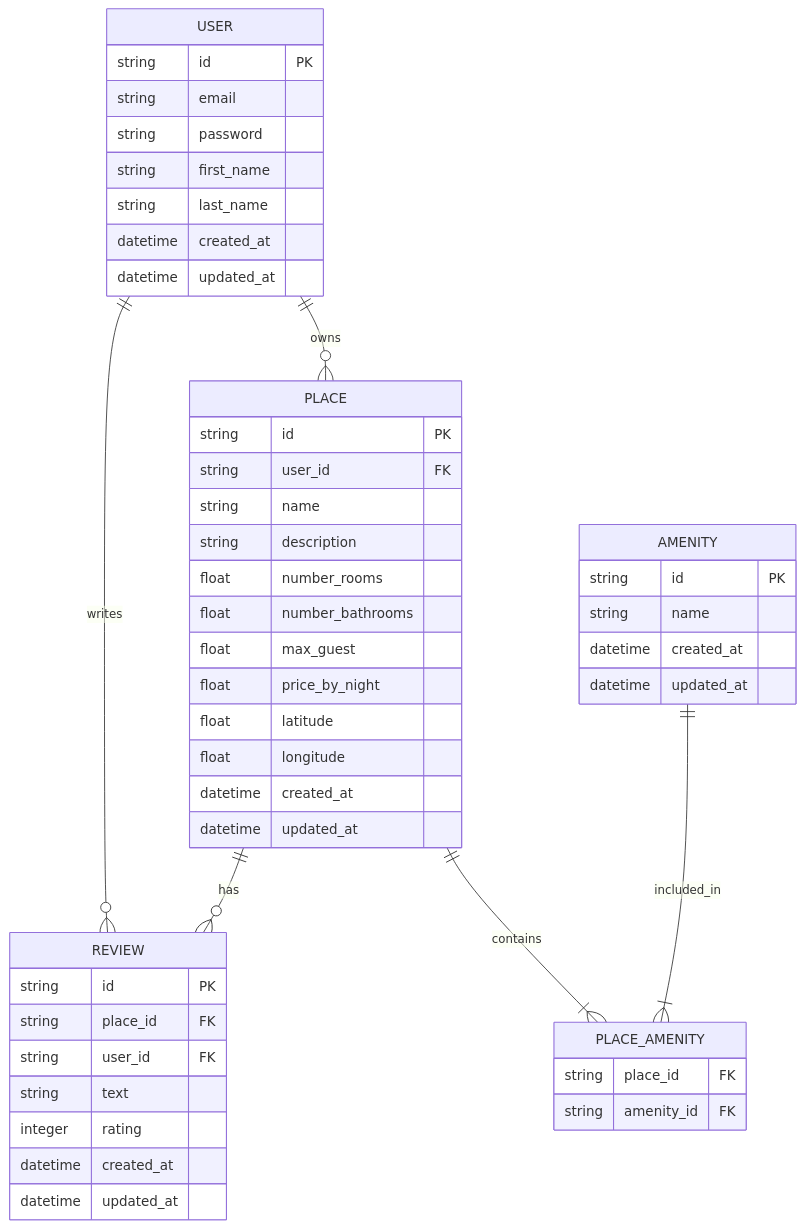
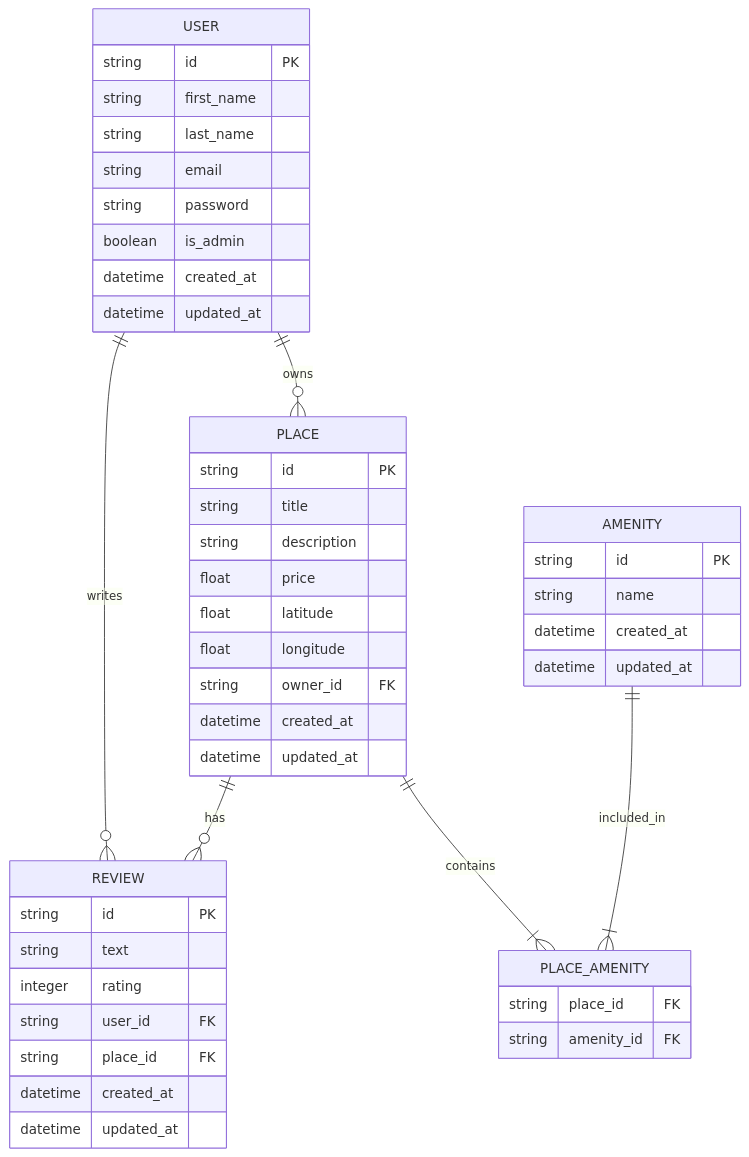
One commit to AbdulmalikAlAqeel/holbertonschool-hbnb changed the diagram in part3/docs/schema.md. Above: the diagram before and after it, drawn with Mermaid. The commit also changed other lines of this file and 1 other file, not shown here.

Commit message:
Fix admin message and ER diagram schema

````diff
--- a/part3/docs/schema.md
+++ b/part3/docs/schema.md
@@ -7,55 +3,53 @@
 ```mermaid
 erDiagram
-    USER ||--o{ PLACE : "owns"
-    USER ||--o{ REVIEW : "writes"
-    PLACE ||--o{ REVIEW : "has"
-    PLACE ||--|{ PLACE_AMENITY : "contains"
-    AMENITY ||--|{ PLACE_AMENITY : "included_in"
+    USER ||--o{ PLACE : owns
+    USER ||--o{ REVIEW : writes
+    PLACE ||--o{ REVIEW : has
+    PLACE ||--|{ PLACE_AMENITY : contains
+    AMENITY ||--|{ PLACE_AMENITY : included_in
 
     USER {
         string id PK
+        string first_name
+        string last_name
         string email
         string password
-        string first_name
-        string last_name
+        boolean is_admin
         datetime created_at
         datetime updated_at
     }
 
     PLACE {
         string id PK
-        string user_id FK
-        string name
+        string title
         string description
-        float number_rooms
-        float number_bathrooms
-        float max_guest
-        float price_by_night
+        float price
         float latitude
         float longitude
+        string owner_id FK
         datetime created_at
         datetime updated_at
     }
 
     REVIEW {
         string id PK
-        string place_id FK
-        string user_id FK
         string text
         integer rating
+        string user_id FK
+        string place_id FK
         datetime created_at
         datetime updated_at
     }
 
     AMENITY {
         string id PK
         string name
         datetime created_at
         datetime updated_at
     }
 
     PLACE_AMENITY {
         string place_id FK
         string amenity_id FK
     }
 ```
````
